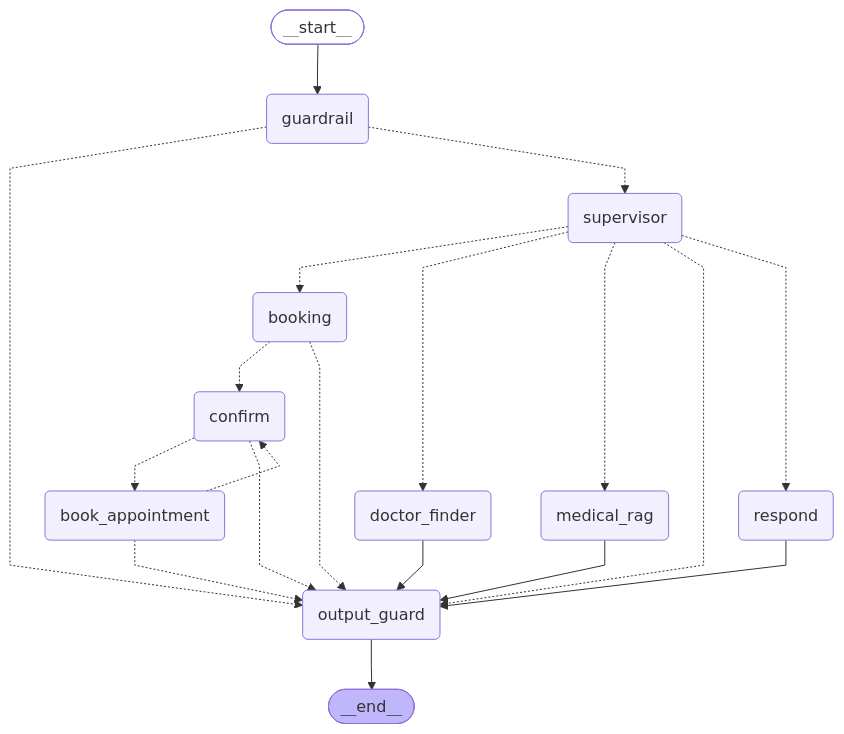
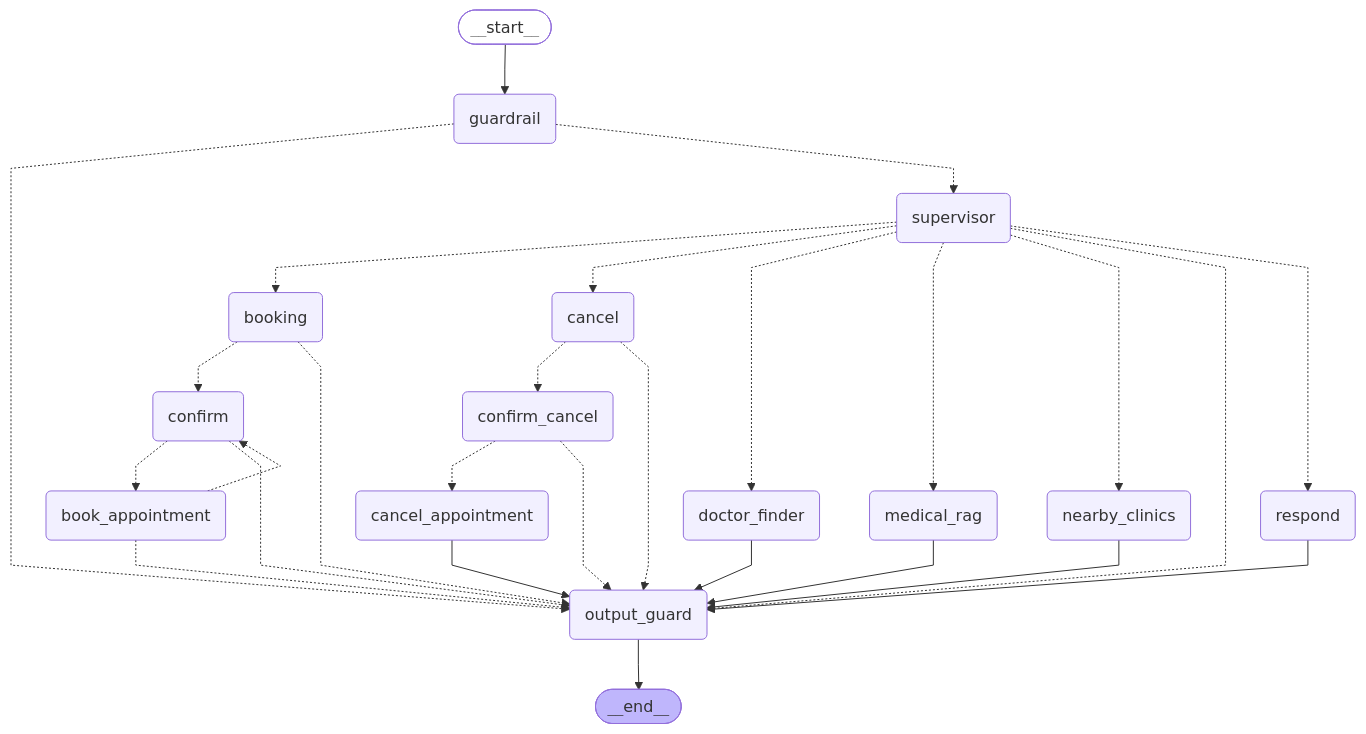
Before and after one commit to KeertiPremGadde/agentic-healthcare-assistant: the diagram in docs/diagrams/agent_graph.md, drawn with Mermaid. The commit also changed 55 other files, not shown here.

First line of the commit message:
feat: Phase 4 MCP tools, cancellation, Google Calendar and nearby clinics (#11)

````diff
--- a/docs/diagrams/agent_graph.md
+++ b/docs/diagrams/agent_graph.md
@@ -5,40 +5,52 @@
 ```mermaid
 ---
 config:
   flowchart:
     curve: linear
 ---
 graph TD;
 	__start__([<p>__start__</p>]):::first
 	guardrail(guardrail)
 	supervisor(supervisor)
 	medical_rag(medical_rag)
 	doctor_finder(doctor_finder)
+	nearby_clinics(nearby_clinics)
 	respond(respond)
 	booking(booking)
 	confirm(confirm)
 	book_appointment(book_appointment)
+	cancel(cancel)
+	confirm_cancel(confirm_cancel)
+	cancel_appointment(cancel_appointment)
 	output_guard(output_guard)
 	__end__([<p>__end__</p>]):::last
 	__start__ --> guardrail;
 	book_appointment -.-> confirm;
 	book_appointment -.-> output_guard;
 	booking -.-> confirm;
 	booking -.-> output_guard;
+	cancel -.-> confirm_cancel;
+	cancel -.-> output_guard;
+	cancel_appointment --> output_guard;
 	confirm -.-> book_appointment;
 	confirm -.-> output_guard;
+	confirm_cancel -.-> cancel_appointment;
+	confirm_cancel -.-> output_guard;
 	doctor_finder --> output_guard;
 	guardrail -.-> output_guard;
 	guardrail -.-> supervisor;
 	medical_rag --> output_guard;
+	nearby_clinics --> output_guard;
 	respond --> output_guard;
 	supervisor -.-> booking;
+	supervisor -.-> cancel;
 	supervisor -.-> doctor_finder;
 	supervisor -.-> medical_rag;
+	supervisor -.-> nearby_clinics;
 	supervisor -.-> output_guard;
 	supervisor -.-> respond;
 	output_guard --> __end__;
 	classDef default fill:#f2f0ff,line-height:1.2
 	classDef first fill-opacity:0
 	classDef last fill:#bfb6fc
 ```
````
